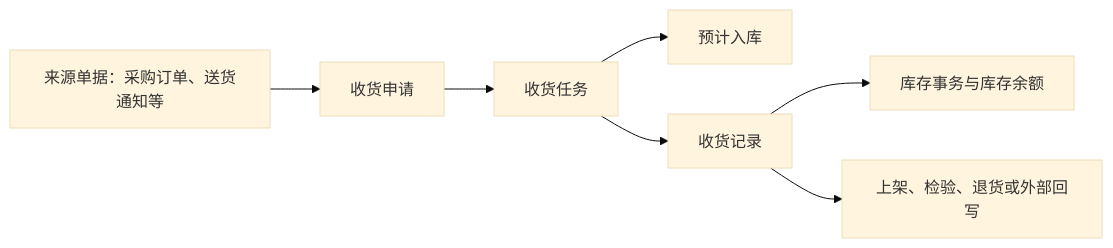
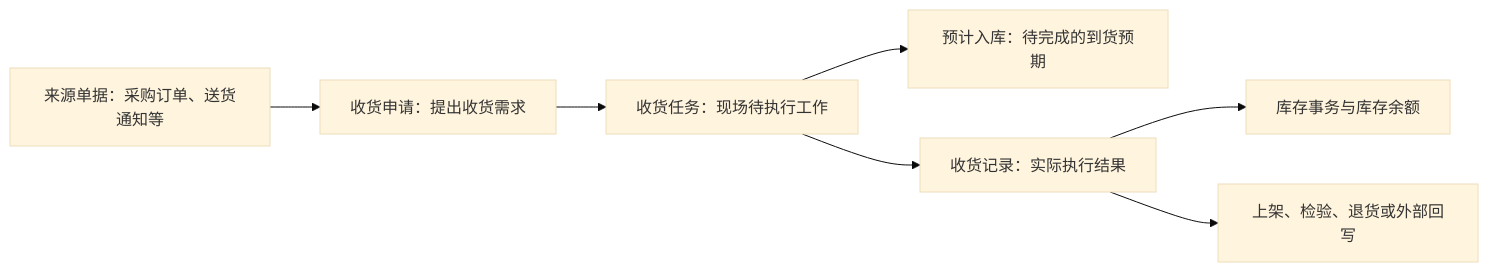
One commit to jiargcn/MomProductDocument changed the diagram in docs/05-WMS-库房管理/03-采购收货/01-采购收货-维护与查询参考.md. Above: the diagram before and after it, drawn with Mermaid (base theme). The commit also changed other lines of this file and 239 other files, not shown here.

````diff
--- a/docs/05-WMS-库房管理/03-采购收货/01-采购收货-维护与查询参考.md
+++ b/docs/05-WMS-库房管理/03-采购收货/01-采购收货-维护与查询参考.md
@@ -20,9 +110,9 @@
 ```mermaid
 flowchart LR
-    A["来源单据：采购订单、送货通知等"] --> B["收货申请"]
-    B --> C["收货任务"]
-    C --> D["预计入库"]
-    C --> E["收货记录"]
+    A["来源单据：采购订单、送货通知等"] --> B["收货申请：提出收货需求"]
+    B --> C["收货任务：现场待执行工作"]
+    C --> D["预计入库：待完成的到货预期"]
+    C --> E["收货记录：实际执行结果"]
     E --> F["库存事务与库存余额"]
     E --> G["上架、检验、退货或外部回写"]
 ```
````
